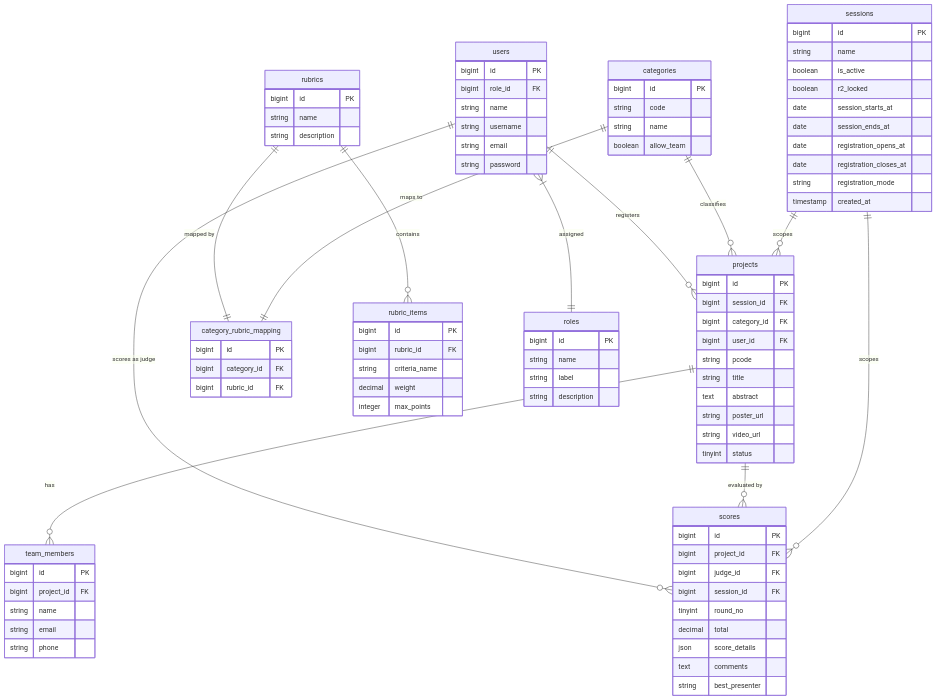
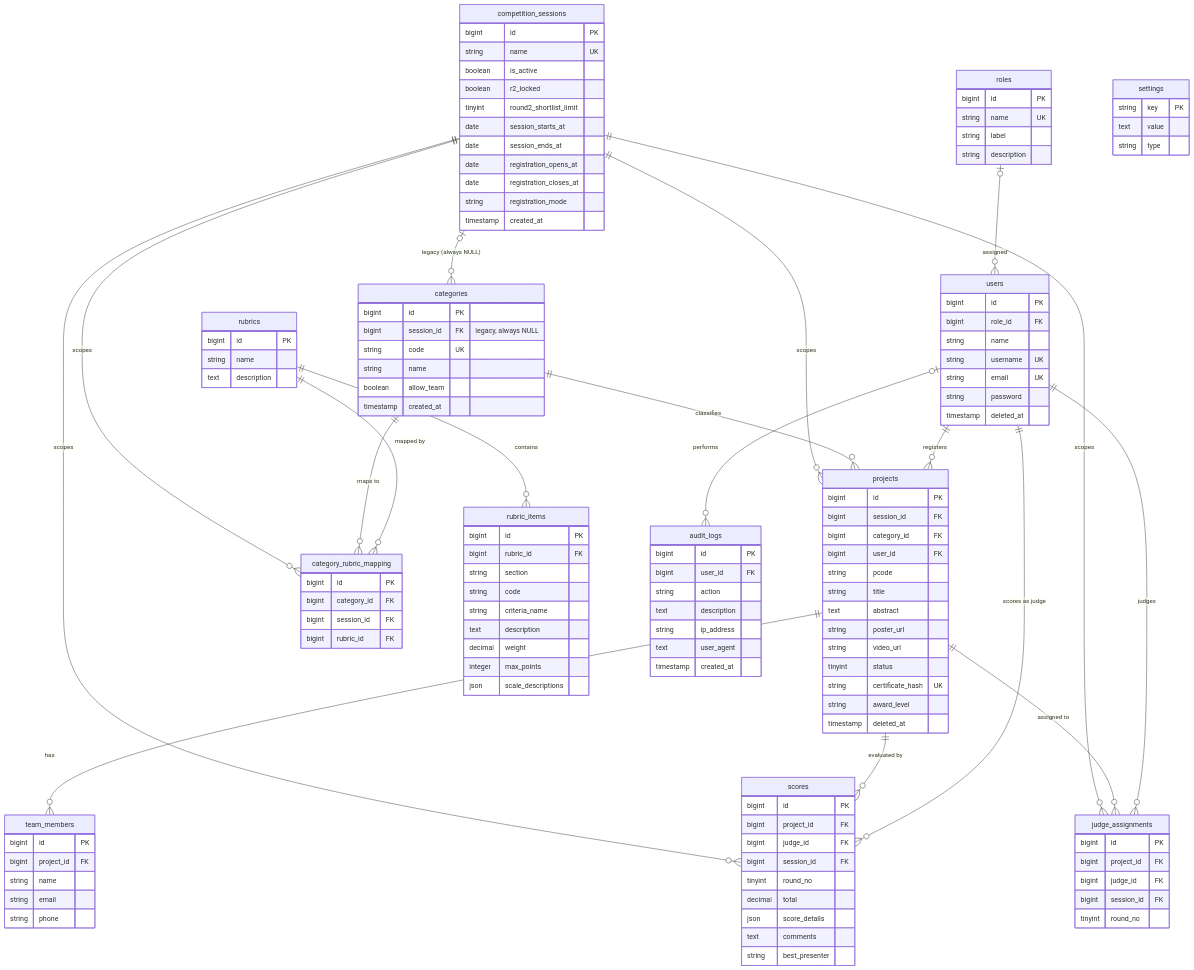
The diagram in docs/database.md (ahmadzakiabdullah/inotek), drawn with Mermaid before and after one commit. The commit also changed other lines of this file and 16 other files, not shown here.

````diff
--- a/docs/database.md
+++ b/docs/database.md
@@ -9,22 +14,29 @@
 ```mermaid
 erDiagram
-    sessions ||--o{ projects : "scopes"
-    sessions ||--o{ scores : "scopes"
+    competition_sessions ||--o{ projects : "scopes"
+    competition_sessions ||--o{ scores : "scopes"
+    competition_sessions ||--o{ judge_assignments : "scopes"
+    competition_sessions ||--o{ category_rubric_mapping : "scopes"
+    competition_sessions |o--o{ categories : "legacy (always NULL)"
     categories ||--o{ projects : "classifies"
-    categories ||--|| category_rubric_mapping : "maps to"
-    rubrics ||--|| category_rubric_mapping : "mapped by"
+    categories ||--o{ category_rubric_mapping : "maps to"
+    rubrics ||--o{ category_rubric_mapping : "mapped by"
     rubrics ||--o{ rubric_items : "contains"
     projects ||--o{ team_members : "has"
     projects ||--o{ scores : "evaluated by"
-    users }|--|| roles : "assigned"
+    projects ||--o{ judge_assignments : "assigned to"
+    roles |o--o{ users : "assigned"
     users ||--o{ projects : "registers"
     users ||--o{ scores : "scores as judge"
+    users ||--o{ judge_assignments : "judges"
+    users |o--o{ audit_logs : "performs"
 
-    sessions {
+    competition_sessions {
         bigint id PK
-        string name
+        string name UK
         boolean is_active
         boolean r2_locked
+        tinyint round2_shortlist_limit
         date session_starts_at
         date session_ends_at
         date registration_opens_at
@@ -35,14 +47,16 @@
 
     categories {
         bigint id PK
-        string code
+        bigint session_id FK "legacy, always NULL"
+        string code UK
         string name
         boolean allow_team
+        timestamp created_at
     }
 
     roles {
         bigint id PK
-        string name
+        string name UK
         string label
         string description
     }
@@ -51,9 +65,10 @@
         bigint id PK
         bigint role_id FK
         string name
-        string username
-        string email
+        string username UK
+        string email UK
         string password
+        timestamp deleted_at
     }
 
     projects {
@@ -67,6 +82,9 @@
         string poster_url
         string video_url
         tinyint status
+        string certificate_hash UK
+        string award_level
+        timestamp deleted_at
     }
 
     team_members {
@@ -89,23 +107,52 @@
         string best_presenter
     }
 
+    judge_assignments {
+        bigint id PK
+        bigint project_id FK
+        bigint judge_id FK
+        bigint session_id FK
+        tinyint round_no
+    }
+
     rubrics {
         bigint id PK
         string name
-        string description
+        text description
     }
 
     rubric_items {
         bigint id PK
         bigint rubric_id FK
+        string section
+        string code
         string criteria_name
+        text description
         decimal weight
         integer max_points
+        json scale_descriptions
     }
 
     category_rubric_mapping {
         bigint id PK
         bigint category_id FK
+        bigint session_id FK
         bigint rubric_id FK
     }
+
+    audit_logs {
+        bigint id PK
+        bigint user_id FK
+        string action
+        text description
+        string ip_address
+        text user_agent
+        timestamp created_at
+    }
+
+    settings {
+        string key PK
+        text value
+        string type
+    }
 ```
````
